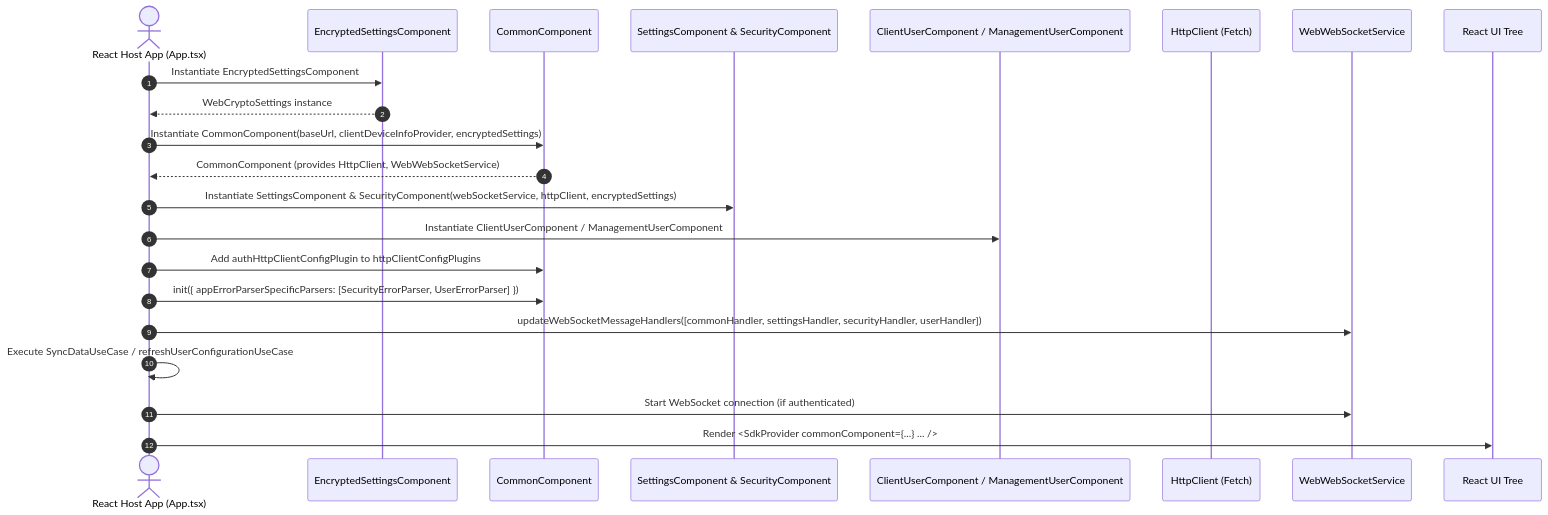
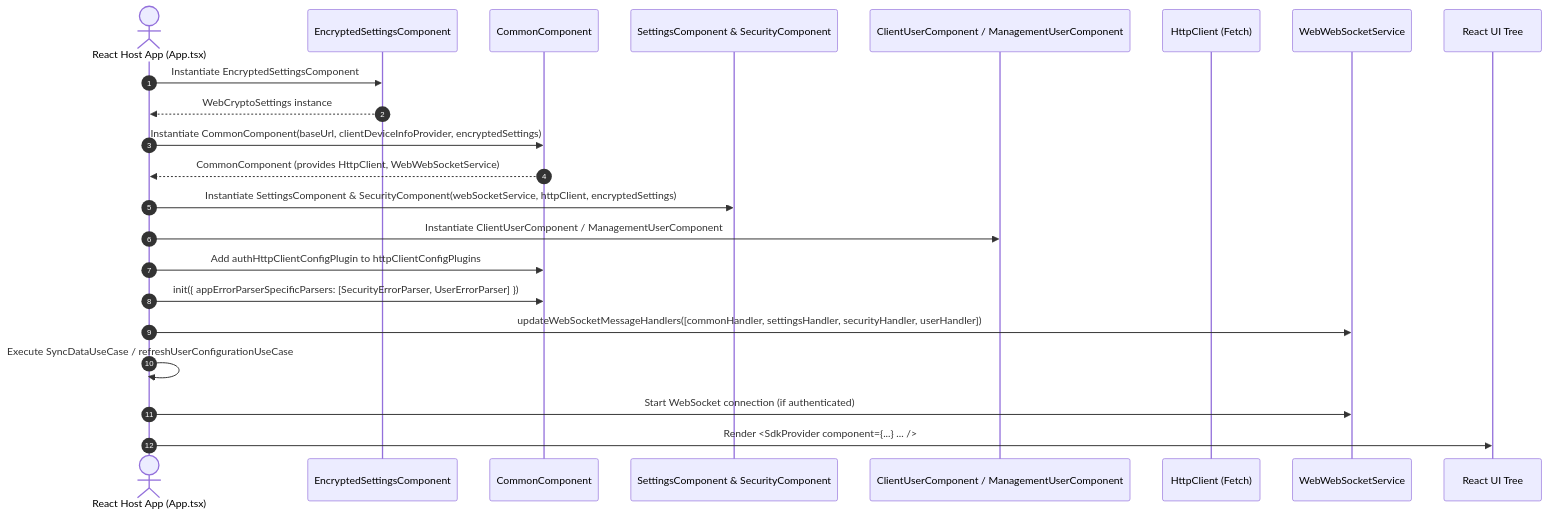
The diagram in docs/architecture/flows/sdk_bootstrap.md (mudrichenkoevgeny/web-platform-sdk), drawn with Mermaid before and after one commit. The commit also changed 71 other files, not shown here.

Commit message:
chore(ci): modernize workflows, organize tools and update roadmap

````diff
--- a/docs/architecture/flows/sdk_bootstrap.md
+++ b/docs/architecture/flows/sdk_bootstrap.md
@@ -15,29 +15,29 @@
 ```mermaid
 sequenceDiagram
     autonumber
     actor Host as React Host App (App.tsx)
     participant EncStorage as EncryptedSettingsComponent
     participant CommonComp as CommonComponent
     participant CoreFeatures as SettingsComponent & SecurityComponent
     participant UserFeature as ClientUserComponent / ManagementUserComponent
     participant HTTP as HttpClient (Fetch)
     participant WS as WebWebSocketService
     participant UI as React UI Tree
 
     Host->>EncStorage: Instantiate EncryptedSettingsComponent
     EncStorage-->>Host: WebCryptoSettings instance
     Host->>CommonComp: Instantiate CommonComponent(baseUrl, clientDeviceInfoProvider, encryptedSettings)
     CommonComp-->>Host: CommonComponent (provides HttpClient, WebWebSocketService)
 
     Host->>CoreFeatures: Instantiate SettingsComponent & SecurityComponent(webSocketService, httpClient, encryptedSettings)
     Host->>UserFeature: Instantiate ClientUserComponent / ManagementUserComponent
 
     Host->>CommonComp: Add authHttpClientConfigPlugin to httpClientConfigPlugins
     Host->>CommonComp: init({ appErrorParserSpecificParsers: [SecurityErrorParser, UserErrorParser] })
     Host->>WS: updateWebSocketMessageHandlers([commonHandler, settingsHandler, securityHandler, userHandler])
 
     Host->>Host: Execute SyncDataUseCase / refreshUserConfigurationUseCase
     Host->>WS: Start WebSocket connection (if authenticated)
 
-    Host->>UI: Render <SdkProvider commonComponent={...} ... />
+    Host->>UI: Render <SdkProvider component={...} ... />
 ```
````
